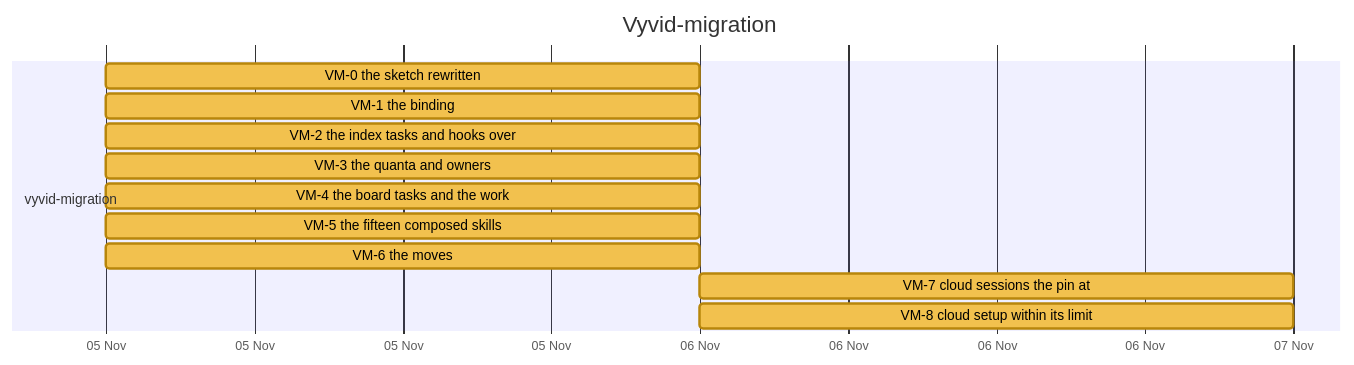
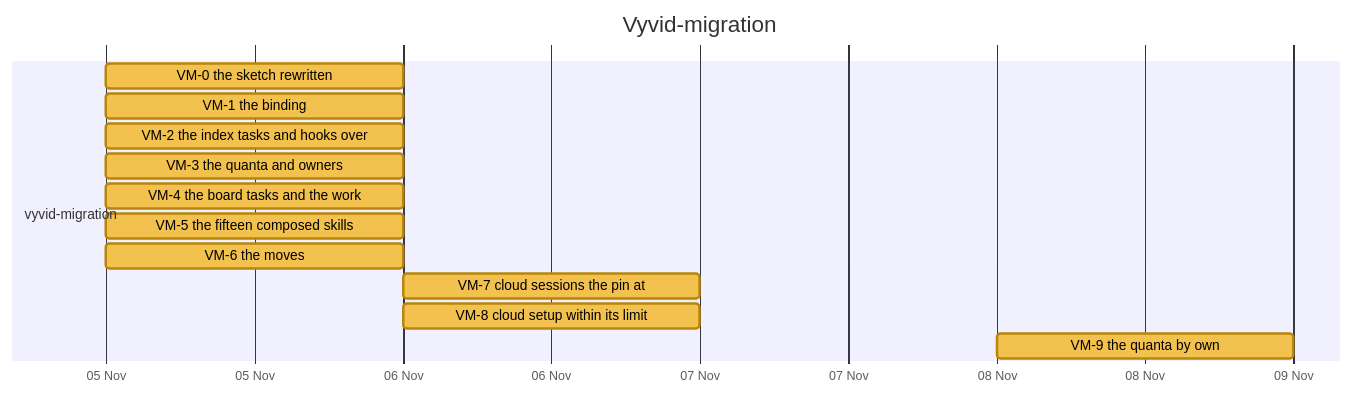
One commit to nebularis/lattice changed diagram 17 of 30 in docs/developer/ROADMAP.md. Above: the diagram before and after it, drawn with Mermaid. The commit also changed other lines of this file and 2 other files, not shown here.

````diff
--- a/docs/developer/ROADMAP.md
+++ b/docs/developer/ROADMAP.md
@@ -475,17 +475,18 @@
 ```mermaid
 %%{init: {"themeVariables": {"taskBkgColor": "#f2c14e", "taskBorderColor": "#b8860b", "taskTextColor": "#000000", "activeTaskBkgColor": "#4e9af1", "activeTaskBorderColor": "#1f5fbf", "activeTaskBorderColor": "#1f5fbf", "doneTaskBkgColor": "#8fcf8f", "doneTaskBorderColor": "#2f7d32", "critBkgColor": "#f28b82", "critBorderColor": "#b23a30", "taskTextDarkColor": "#000000", "taskTextLightColor": "#000000"}}}%%
 gantt
     title Vyvid-migration
     dateFormat YYYY-MM-DD
     axisFormat %d %b
     section vyvid-migration
     VM-0 the sketch rewritten :vm0, 2026-11-05, 2026-11-06
     VM-1 the binding :vm1, 2026-11-05, 2026-11-06
     VM-2 the index tasks and hooks over :vm2, 2026-11-05, 2026-11-06
     VM-3 the quanta and owners :vm3, 2026-11-05, 2026-11-06
     VM-4 the board tasks and the work :vm4, 2026-11-05, 2026-11-06
     VM-5 the fifteen composed skills :vm5, 2026-11-05, 2026-11-06
     VM-6 the moves :vm6, 2026-11-05, 2026-11-06
     VM-7 cloud sessions the pin at :vm7, 2026-11-06, 2026-11-07
     VM-8 cloud setup within its limit :vm8, 2026-11-06, 2026-11-07
+    VM-9 the quanta by own :vm9, 2026-11-08, 2026-11-09
 ```
````
